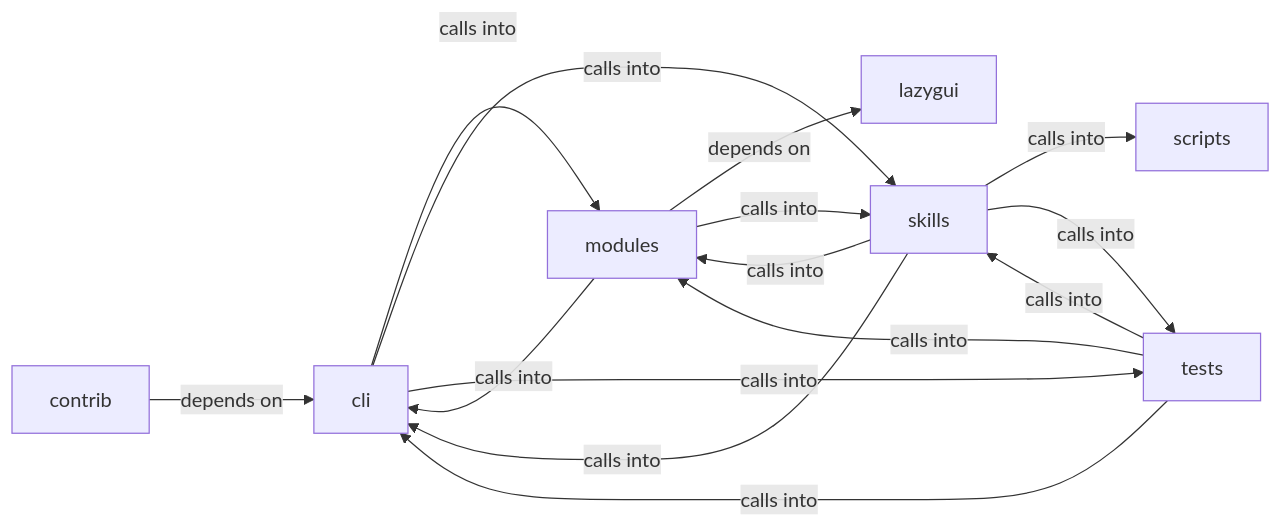
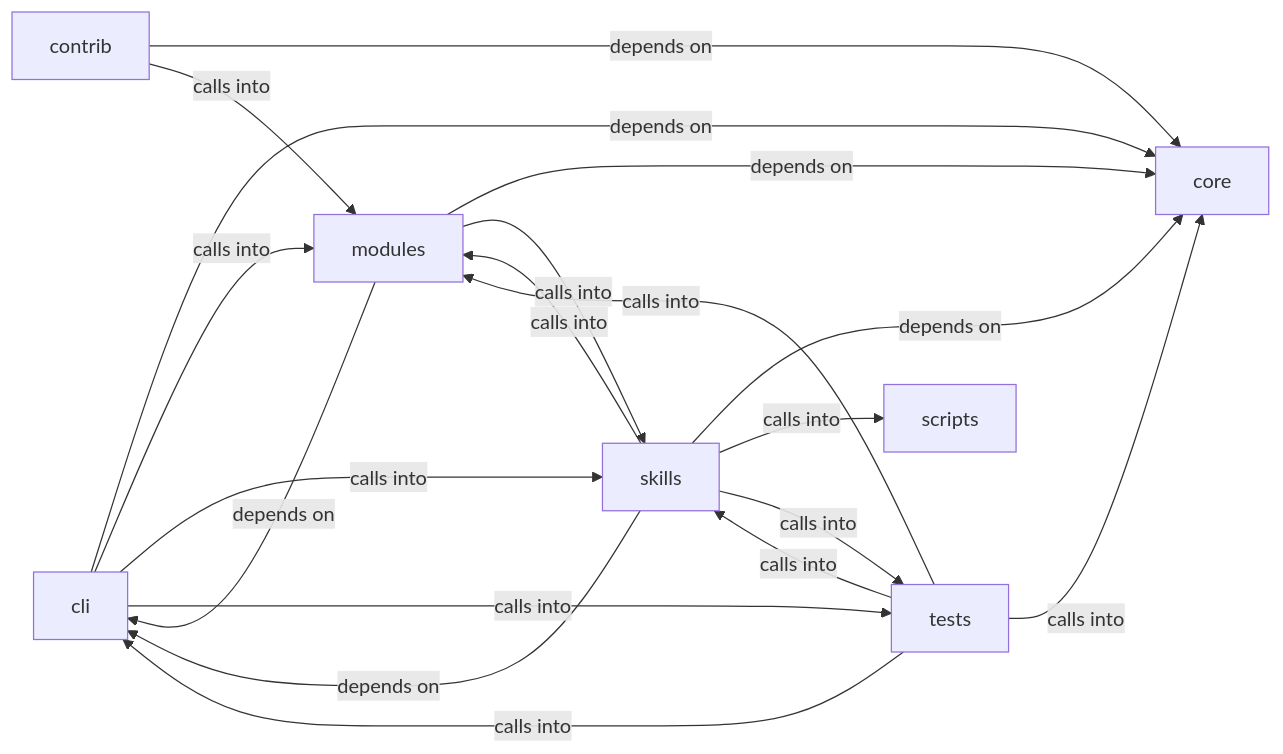
One commit to grisuno/LazyOwn changed the diagram in readmenator-diagrams/modules_autonomous_daemon.md. Above: the diagram before and after it, drawn with Mermaid. The commit also changed other lines of this file and 378 other files, not shown here.

````diff
--- a/readmenator-diagrams/modules_autonomous_daemon.md
+++ b/readmenator-diagrams/modules_autonomous_daemon.md
@@ -5,24 +5,28 @@
 ```mermaid
 graph LR
     cli["cli"]
     contrib["contrib"]
-    lazygui["lazygui"]
+    core["core"]
     modules["modules"]
     scripts["scripts"]
     skills["skills"]
     tests["tests"]
+    cli -- "depends on" --> core
     cli -- "calls into" --> modules
     cli -- "calls into" --> skills
     cli -- "calls into" --> tests
-    contrib -- "depends on" --> cli
-    modules -- "calls into" --> cli
-    modules -- "depends on" --> lazygui
+    contrib -- "depends on" --> core
+    contrib -- "calls into" --> modules
+    modules -- "depends on" --> cli
+    modules -- "depends on" --> core
     modules -- "calls into" --> skills
-    skills -- "calls into" --> cli
+    skills -- "depends on" --> cli
+    skills -- "depends on" --> core
     skills -- "calls into" --> modules
     skills -- "calls into" --> scripts
     skills -- "calls into" --> tests
     tests -- "calls into" --> cli
+    tests -- "calls into" --> core
     tests -- "calls into" --> modules
     tests -- "calls into" --> skills
 ```
````
